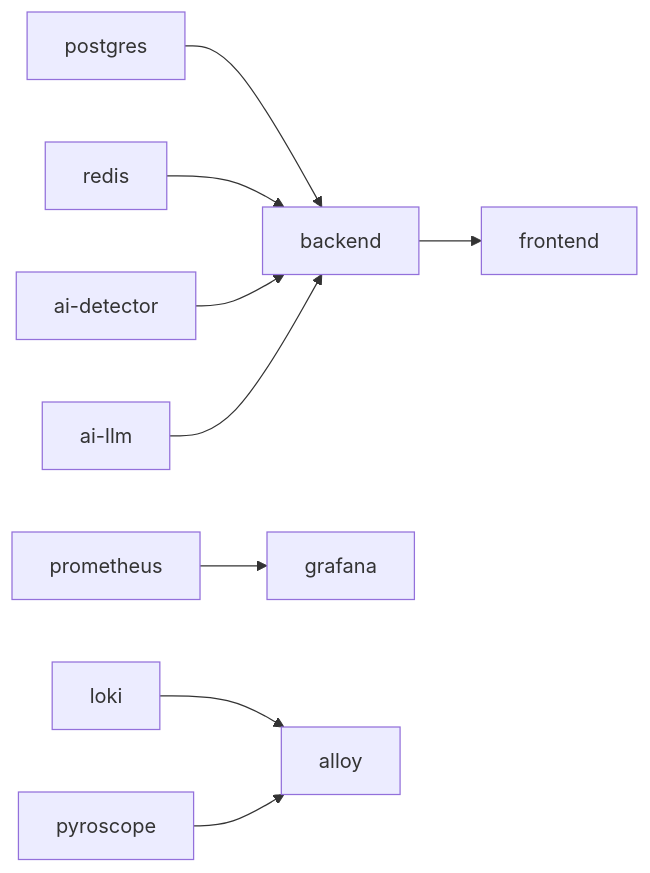
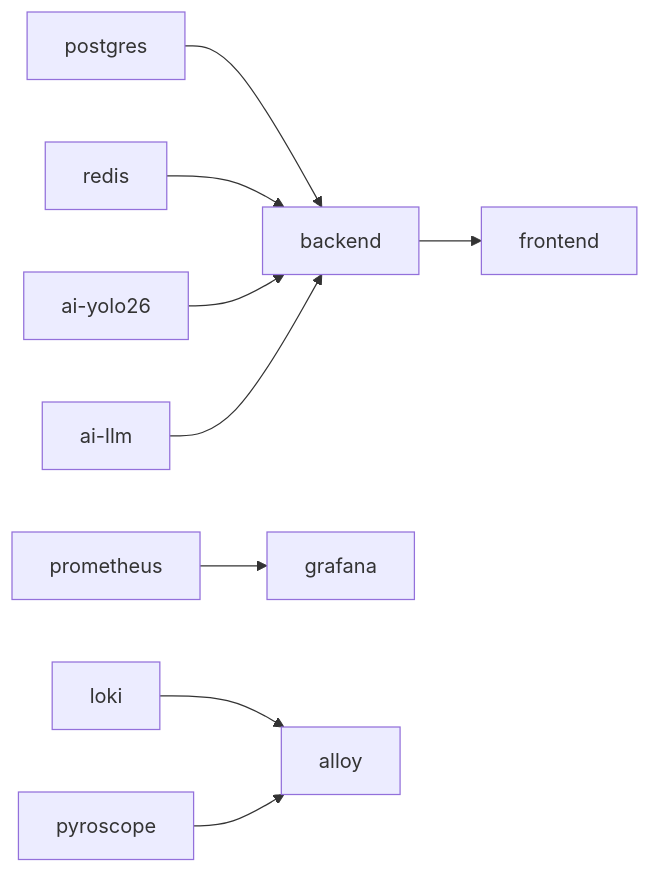
One commit to mikesvoboda/nemotron-v3-home-security-intelligence changed the second of 2 diagrams in docs/architecture/system-overview/deployment-topology.md. Above: the diagram before and after it, drawn with Mermaid. The commit also changed other lines of this file and 109 other files, not shown here.

````diff
--- a/docs/architecture/system-overview/deployment-topology.md
+++ b/docs/architecture/system-overview/deployment-topology.md
@@ -290,11 +290,11 @@
 ```mermaid
 flowchart LR
     PG["postgres"] --> BE["backend"]
     RD["redis"] --> BE
-    DET["ai-detector"] --> BE
+    DET["ai-yolo26"] --> BE
     LLM["ai-llm"] --> BE
     BE --> FE["frontend"]
     PROM["prometheus"] --> GRAF["grafana"]
     LOKI["loki"] --> ALLOY["alloy"]
     PYRO["pyroscope"] --> ALLOY
 ```
````
